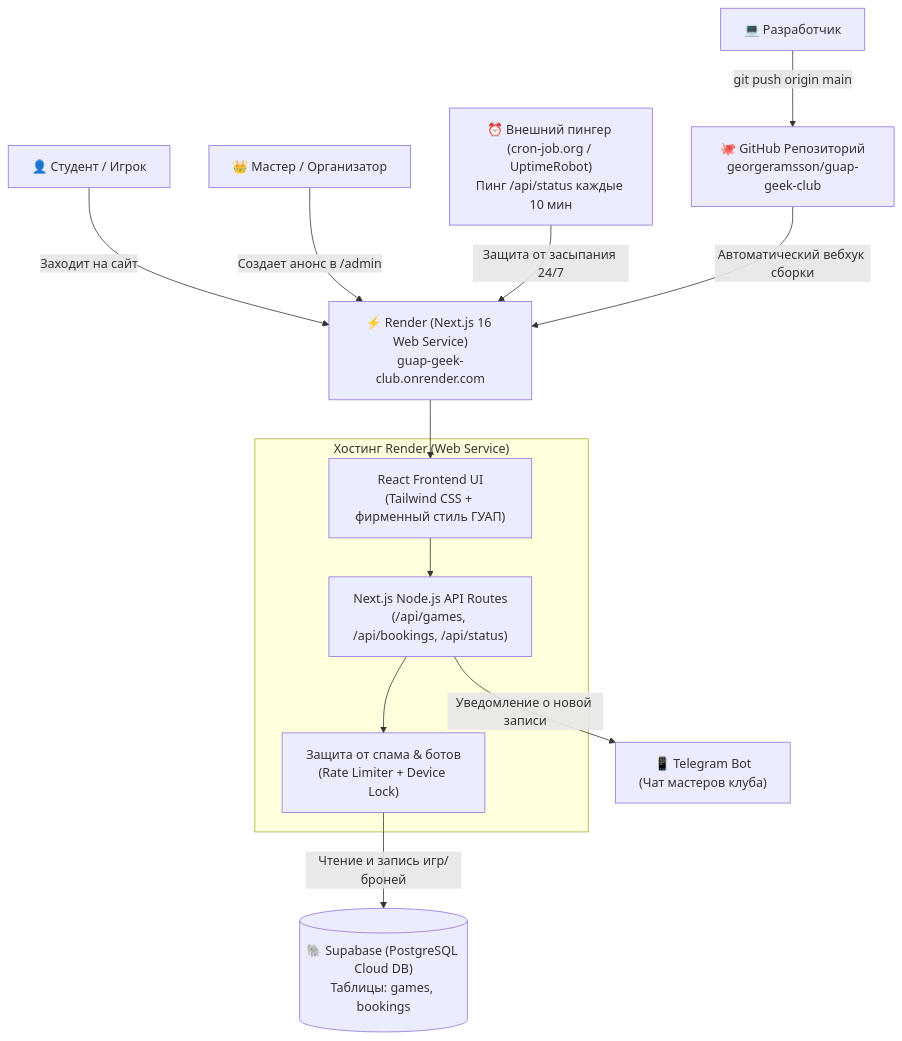
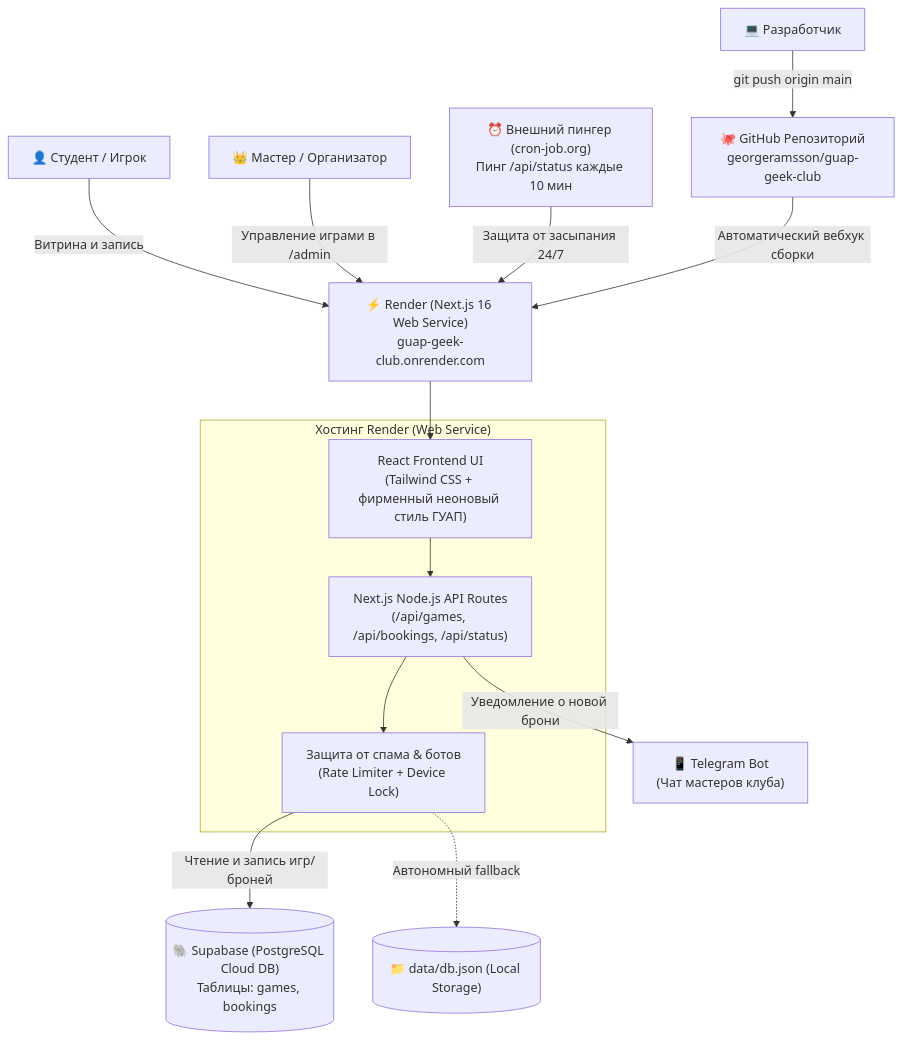
The diagram in README.md (georgeramsson/guap-geek-club), drawn with Mermaid before and after one commit. The commit also changed other lines of this file and 13 other files, not shown here.

````diff
--- a/README.md
+++ b/README.md
@@ -18,22 +58,23 @@
 ```mermaid
 flowchart TD
-    Player["👤 Студент / Игрок"] -->|Заходит на сайт| WebApp["⚡ Render (Next.js 16 Web Service)<br/>guap-geek-club.onrender.com"]
-    Master["👑 Мастер / Организатор"] -->|Создает анонс в /admin| WebApp
-    CronJob["⏰ Внешний пингер (cron-job.org / UptimeRobot)<br/>Пинг /api/status каждые 10 мин"] -->|Защита от засыпания 24/7| WebApp
+    Player["👤 Студент / Игрок"] -->|Витрина и запись| WebApp["⚡ Render (Next.js 16 Web Service)<br/>guap-geek-club.onrender.com"]
+    Master["👑 Мастер / Организатор"] -->|Управление играми в /admin| WebApp
+    CronJob["⏰ Внешний пингер (cron-job.org)<br/>Пинг /api/status каждые 10 мин"] -->|Защита от засыпания 24/7| WebApp
     
     subgraph RenderApp["Хостинг Render (Web Service)"]
-        UI["React Frontend UI<br/>(Tailwind CSS + фирменный стиль ГУАП)"]
+        UI["React Frontend UI<br/>(Tailwind CSS + фирменный неоновый стиль ГУАП)"]
         API["Next.js Node.js API Routes<br/>(/api/games, /api/bookings, /api/status)"]
         RateLimit["Защита от спама & ботов<br/>(Rate Limiter + Device Lock)"]
     end
     
     WebApp --> UI
     UI --> API
     API --> RateLimit
     
     RateLimit -->|Чтение и запись игр/броней| Supabase[("🐘 Supabase (PostgreSQL Cloud DB)<br/>Таблицы: games, bookings")]
-    API -->|Уведомление о новой записи| Telegram["📱 Telegram Bot<br/>(Чат мастеров клуба)"]
+    RateLimit -.->|Автономный fallback| LocalDB[("📁 data/db.json (Local Storage)")]
+    API -->|Уведомление о новой брони| Telegram["📱 Telegram Bot<br/>(Чат мастеров клуба)"]
     
     Developer["💻 Разработчик"] -->|git push origin main| GitHub["🐙 GitHub Репозиторий<br/>georgeramsson/guap-geek-club"]
     GitHub -->|Автоматический вебхук сборки| WebApp
 ```
````
